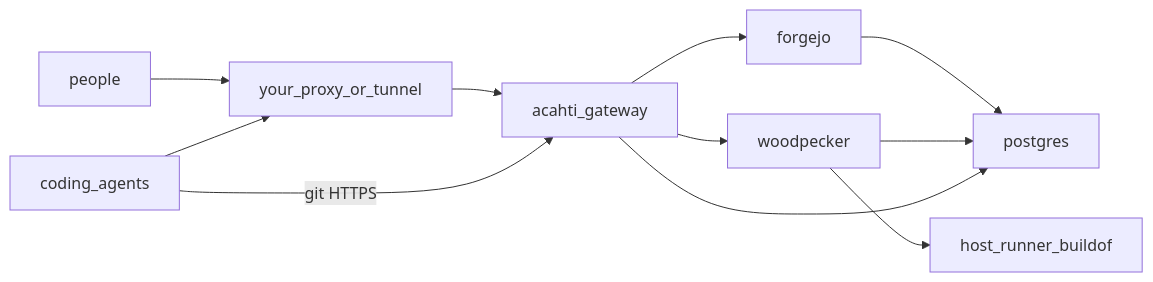
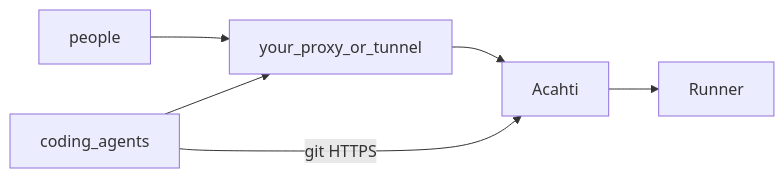
One commit to lpythu/acahti changed the diagram in README.md. Above: the diagram before and after it, drawn with Mermaid. The commit also changed other lines of this file and 111 other files, not shown here.

````diff
--- a/README.md
+++ b/README.md
@@ -13,22 +11,14 @@
 ```mermaid
 flowchart LR
   people[people]
   agents[coding_agents]
   yourEdge[your_proxy_or_tunnel]
-  gw[acahti_gateway]
-  fj[forgejo]
-  wp[woodpecker]
-  pg[postgres]
-  buildof[host_runner_buildof]
+  acahti[Acahti]
+  runner[Runner]
 
   people --> yourEdge
   agents --> yourEdge
-  yourEdge --> gw
-  gw --> fj
-  gw --> wp
-  fj --> pg
-  wp --> pg
-  gw --> pg
-  wp --> buildof
-  agents -->|"git HTTPS"| gw
+  yourEdge --> acahti
+  acahti --> runner
+  agents -->|"git HTTPS"| acahti
 ```
````
